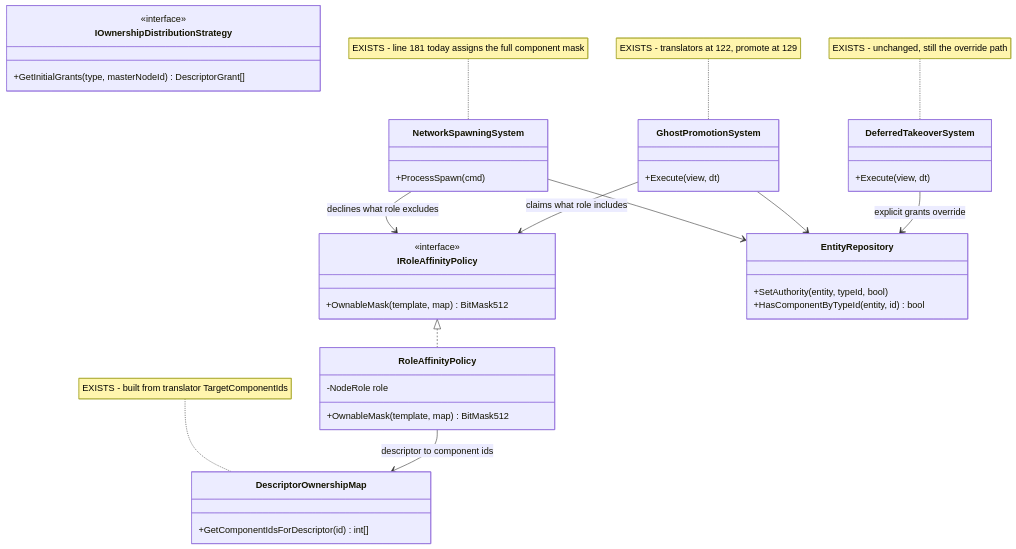
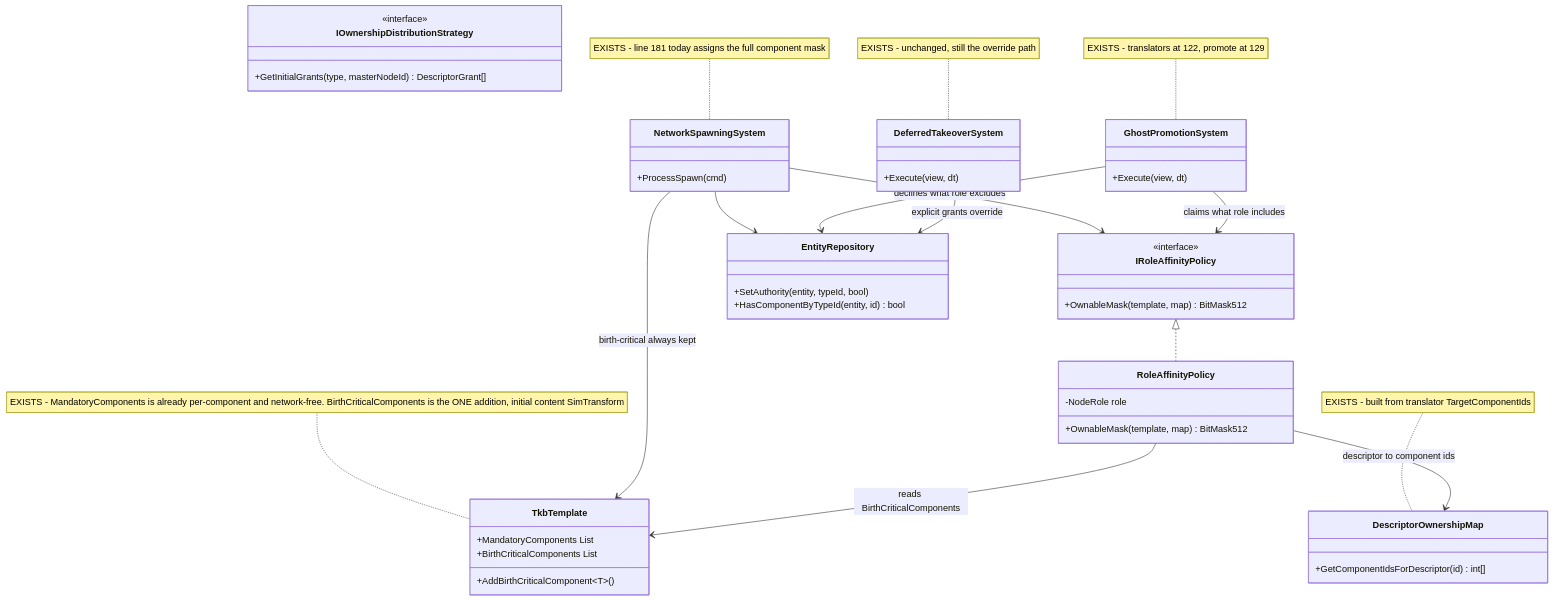
Before and after one commit to pjanec/HROT: the first of 3 diagrams in docs/DESIGN_Role_Affinity_Ownership.md, drawn with Mermaid. The commit also changed other lines of this file, not shown here.

````diff
--- a/docs/DESIGN_Role_Affinity_Ownership.md
+++ b/docs/DESIGN_Role_Affinity_Ownership.md
@@ -212,44 +233,52 @@
 ```mermaid
 classDiagram
     class IRoleAffinityPolicy {
         <<interface>>
         +OwnableMask(template, map) BitMask512
     }
     class RoleAffinityPolicy {
         -NodeRole role
         +OwnableMask(template, map) BitMask512
     }
     class IOwnershipDistributionStrategy {
         <<interface>>
         +GetInitialGrants(type, masterNodeId) DescriptorGrant[]
     }
     class NetworkSpawningSystem {
         +ProcessSpawn(cmd)
     }
     class GhostPromotionSystem {
         +Execute(view, dt)
     }
     class DescriptorOwnershipMap {
         +GetComponentIdsForDescriptor(id) int[]
     }
+    class TkbTemplate {
+        +MandatoryComponents List
+        +BirthCriticalComponents List
+        +AddBirthCriticalComponent~T~()
+    }
     class EntityRepository {
         +SetAuthority(entity, typeId, bool)
         +HasComponentByTypeId(entity, id) bool
     }
     class DeferredTakeoverSystem {
         +Execute(view, dt)
     }
 
     IRoleAffinityPolicy <|.. RoleAffinityPolicy
     NetworkSpawningSystem --> IRoleAffinityPolicy : declines what role excludes
+    NetworkSpawningSystem --> TkbTemplate : birth-critical always kept
+    RoleAffinityPolicy --> TkbTemplate : reads BirthCriticalComponents
     GhostPromotionSystem --> IRoleAffinityPolicy : claims what role includes
     RoleAffinityPolicy --> DescriptorOwnershipMap : descriptor to component ids
     NetworkSpawningSystem --> EntityRepository
     GhostPromotionSystem --> EntityRepository
     DeferredTakeoverSystem --> EntityRepository : explicit grants override
 
     note for NetworkSpawningSystem "EXISTS - line 181 today assigns the full component mask"
     note for GhostPromotionSystem "EXISTS - translators at 122, promote at 129"
     note for DescriptorOwnershipMap "EXISTS - built from translator TargetComponentIds"
+    note for TkbTemplate "EXISTS - MandatoryComponents is already per-component and network-free. BirthCriticalComponents is the ONE addition, initial content SimTransform"
     note for DeferredTakeoverSystem "EXISTS - unchanged, still the override path"
 ```
````
